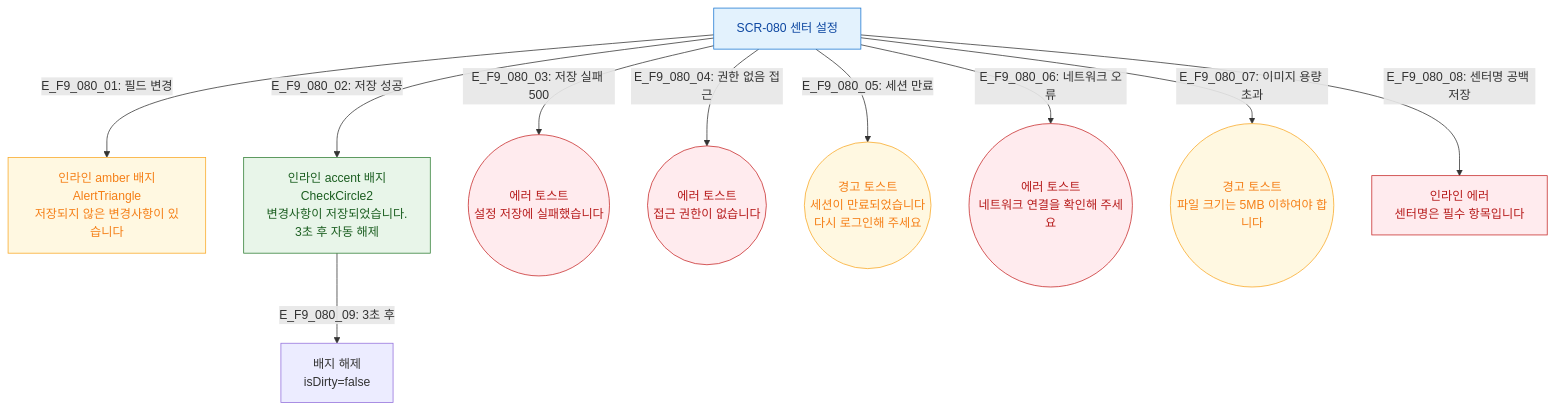
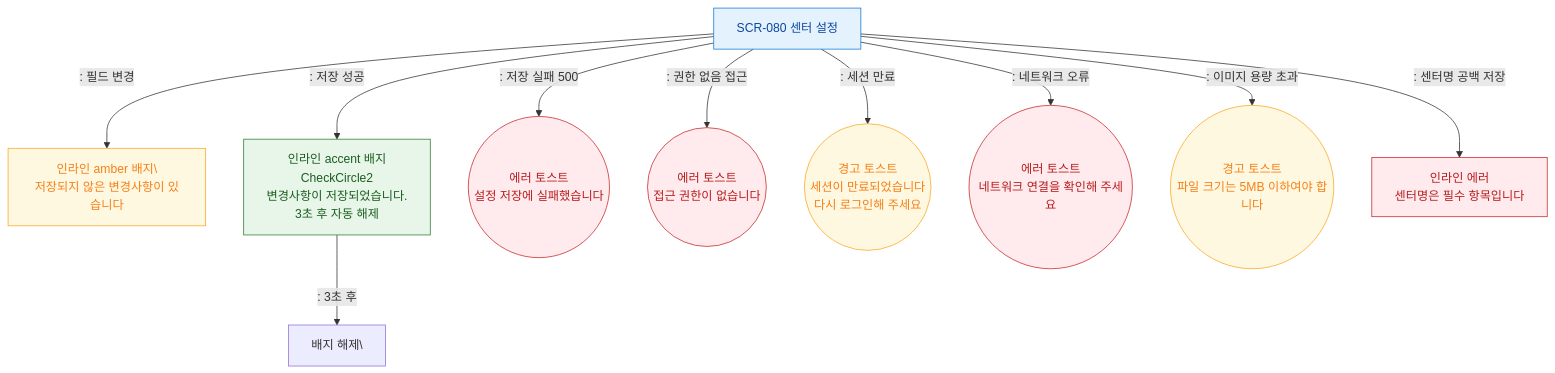
One commit to dev-spogym/admin-pando changed the diagram in docs/다이어그램/D09_설정관리/SCR-080_센터설정/F9_토스트피드백.md. Above: the diagram before and after it, drawn with Mermaid. The commit also changed other lines of this file and 1660 other files, not shown here.

First line of the commit message:
다이어그램: 기획자/클라이언트 납품본으로 정리

````diff
--- a/docs/다이어그램/D09_설정관리/SCR-080_센터설정/F9_토스트피드백.md
+++ b/docs/다이어그램/D09_설정관리/SCR-080_센터설정/F9_토스트피드백.md
@@ -17,32 +15,32 @@
 ```mermaid
 flowchart TD
     SCR080[SCR-080 센터 설정]
 
-    SCR080 -->|"E_F9_080_01: 필드 변경"| FB_Dirty[인라인 amber 배지\nAlertTriangle\n저장되지 않은 변경사항이 있습니다]
+    SCR080 -->|": 필드 변경"|FB_Dirty[인라인 amber 배지\\n저장되지 않은 변경사항이 있습니다]
 
-    SCR080 -->|"E_F9_080_02: 저장 성공"| FB_SaveOK[인라인 accent 배지\nCheckCircle2\n변경사항이 저장되었습니다.\n3초 후 자동 해제]
+    SCR080 -->|": 저장 성공"|FB_SaveOK[인라인 accent 배지\nCheckCircle2\n변경사항이 저장되었습니다.\n3초 후 자동 해제]
 
-    SCR080 -->|"E_F9_080_03: 저장 실패 500"| FB_SaveErr((에러 토스트\n설정 저장에 실패했습니다))
+    SCR080 -->|": 저장 실패 500"|FB_SaveErr((에러 토스트\n설정 저장에 실패했습니다))
 
-    SCR080 -->|"E_F9_080_04: 권한 없음 접근"| FB_NoAuth((에러 토스트\n접근 권한이 없습니다))
+    SCR080 -->|": 권한 없음 접근"|FB_NoAuth((에러 토스트\n접근 권한이 없습니다))
 
-    SCR080 -->|"E_F9_080_05: 세션 만료"| FB_Session((경고 토스트\n세션이 만료되었습니다\n다시 로그인해 주세요))
+    SCR080 -->|": 세션 만료"|FB_Session((경고 토스트\n세션이 만료되었습니다\n다시 로그인해 주세요))
 
-    SCR080 -->|"E_F9_080_06: 네트워크 오류"| FB_Net((에러 토스트\n네트워크 연결을 확인해 주세요))
+    SCR080 -->|": 네트워크 오류"|FB_Net((에러 토스트\n네트워크 연결을 확인해 주세요))
 
-    SCR080 -->|"E_F9_080_07: 이미지 용량 초과"| FB_File((경고 토스트\n파일 크기는 5MB 이하여야 합니다))
+    SCR080 -->|": 이미지 용량 초과"|FB_File((경고 토스트\n파일 크기는 5MB 이하여야 합니다))
 
-    SCR080 -->|"E_F9_080_08: 센터명 공백 저장"| FB_Valid[인라인 에러\n센터명은 필수 항목입니다]
+    SCR080 -->|": 센터명 공백 저장"|FB_Valid[인라인 에러\n센터명은 필수 항목입니다]
 
-    FB_SaveOK -->|"E_F9_080_09: 3초 후"| FB_Clear[배지 해제\nisDirty=false]
+    FB_SaveOK -->|": 3초 후"|FB_Clear[배지 해제\]
 
     classDef screen fill:#E3F2FD,stroke:#1976D2,color:#0D47A1
     classDef success fill:#E8F5E9,stroke:#2E7D32,color:#1B5E20
     classDef error fill:#FFEBEE,stroke:#C62828,color:#B71C1C
     classDef warning fill:#FFF8E1,stroke:#F9A825,color:#F57F17
     classDef info fill:#E0F7FA,stroke:#00838F
     class SCR080 screen
     class FB_SaveOK success
     class FB_SaveErr,FB_NoAuth,FB_Net,FB_Valid error
     class FB_Dirty,FB_Session,FB_File warning
 ```
````
